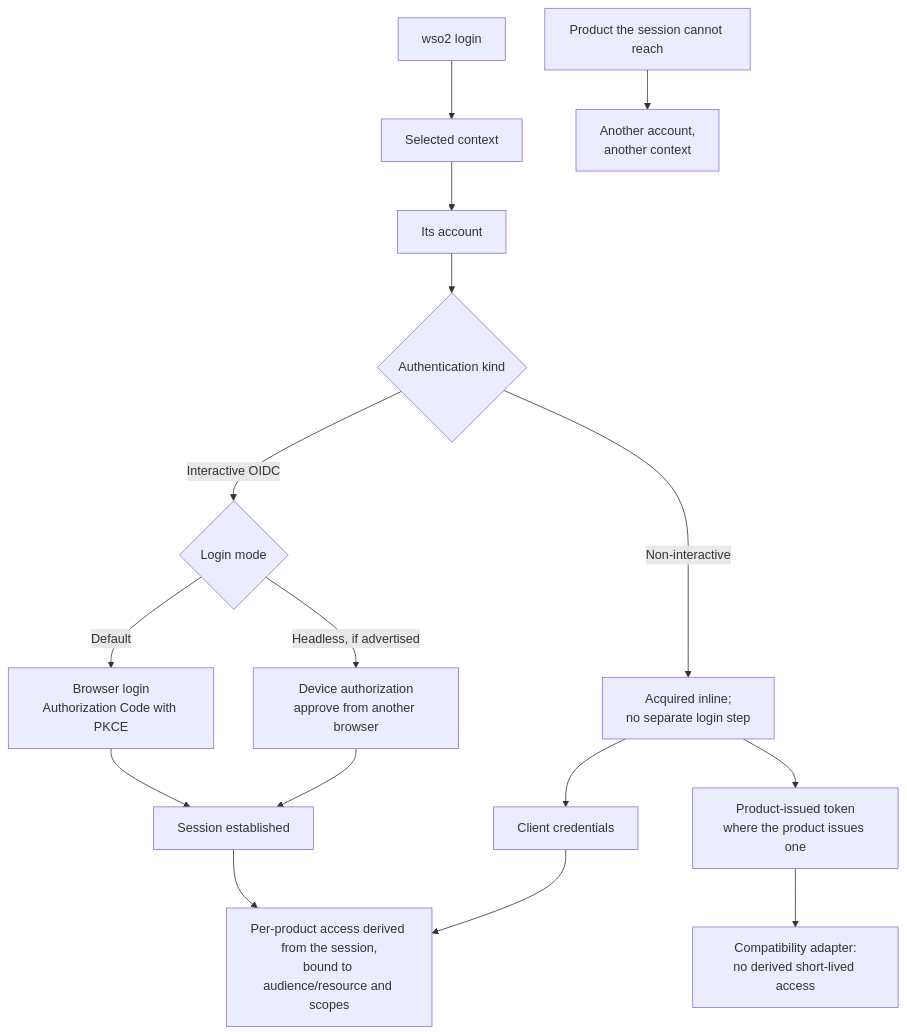
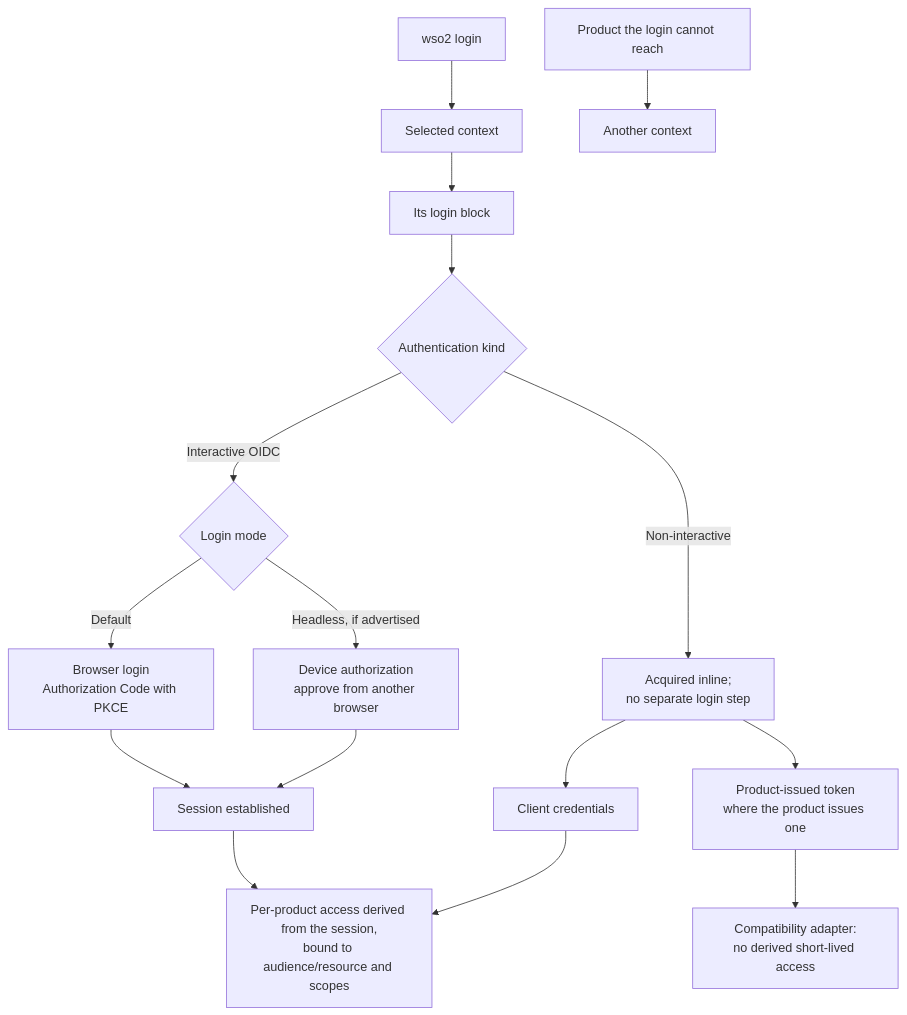
One commit to kanushka/wso2-cli changed the diagram in docs/product-requirements.md. Above: the diagram before and after it, drawn with Mermaid. The commit also changed other lines of this file and 84 other files, not shown here.

````diff
--- a/docs/product-requirements.md
+++ b/docs/product-requirements.md
@@ -230,23 +224,23 @@
 ```mermaid
 flowchart TD
     L["wso2 login"] --> S["Selected context"]
-    S --> I["Its account"]
+    S --> I["Its login block"]
     I --> K{"Authentication kind"}
 
     K -->|Interactive OIDC| M{"Login mode"}
     M -->|Default| B["Browser login<br/>Authorization Code with PKCE"]
     M -->|Headless, if advertised| D["Device authorization<br/>approve from another browser"]
 
     K -->|Non-interactive| N["Acquired inline;<br/>no separate login step"]
     N --> CC["Client credentials"]
     N --> P["Product-issued token<br/>where the product issues one"]
 
     B --> T["Session established"]
     D --> T
     T --> X["Per-product access derived from the session,<br/>bound to audience/resource and scopes"]
     CC --> X
 
     P --> A["Compatibility adapter:<br/>no derived short-lived access"]
 
-    R["Product the session cannot reach"] --> Y["Another account,<br/>another context"]
+    R["Product the login cannot reach"] --> Y["Another context"]
 ```
````
